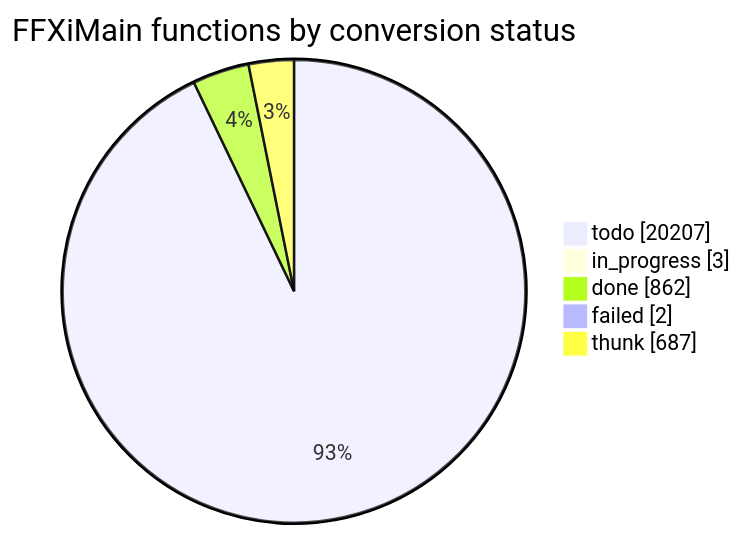
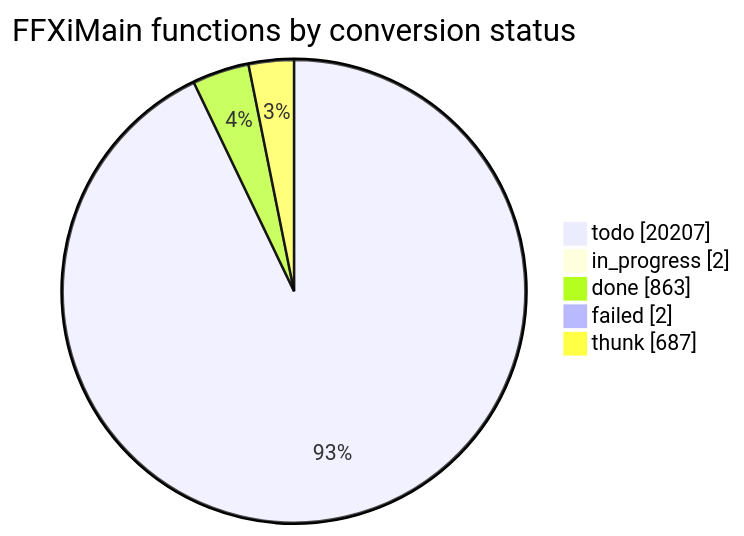
The diagram in docs/cow/STATUS.md (cowrevenge/cow_kuluu_xi_anything), drawn with Mermaid before and after one commit. The commit also changed other lines of this file and 9 other files, not shown here.

````diff
--- a/docs/cow/STATUS.md
+++ b/docs/cow/STATUS.md
@@ -18,9 +18,9 @@
 ```mermaid
 pie showData
     title FFXiMain functions by conversion status
     "todo" : 20207
-    "in_progress" : 3
-    "done" : 862
+    "in_progress" : 2
+    "done" : 863
     "failed" : 2
     "thunk" : 687
 ```
````
